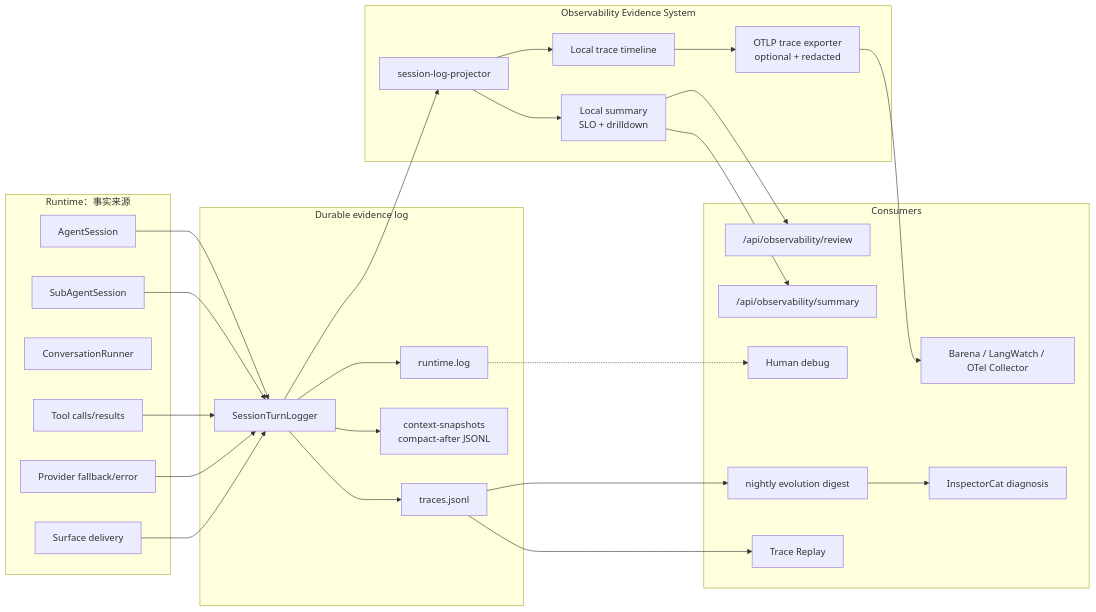
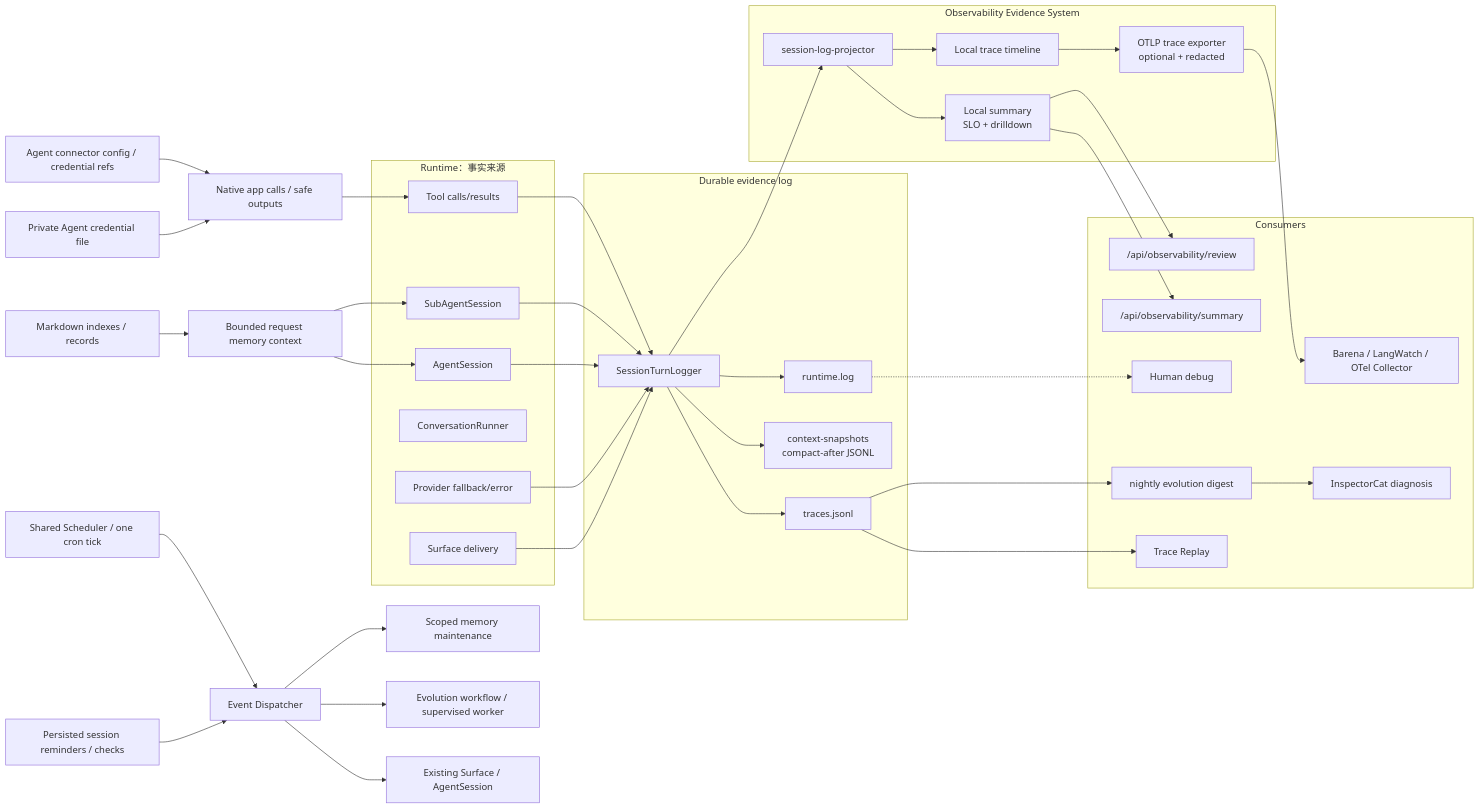
The first of 2 diagrams in docs/observability-evidence/SPEC.md (fightheyyy/xiaobaOS), drawn with Mermaid before and after one commit. The commit also changed other lines of this file and 129 other files, not shown here.

Commit message:
feat: add personal agent events, memory, connectors and sandbox runtime

````diff
--- a/docs/observability-evidence/SPEC.md
+++ b/docs/observability-evidence/SPEC.md
@@ -41,55 +41,66 @@
 ```mermaid
 flowchart LR
+    CredentialStore["Private Agent credential file"] --> NativeApps
+    ConnectorConfig["Agent connector config / credential refs"] --> NativeApps["Native app calls / safe outputs"]
+    NativeApps --> Tools
+    SessionTimer["Persisted session reminders / checks"] --> ScheduledEvents
+    ScheduledEvents --> SessionWake["Existing Surface / AgentSession"]
+    DailyScheduler["Shared Scheduler / one cron tick"] --> ScheduledEvents["Event Dispatcher"]
+    ScheduledEvents --> EvolutionConsumer["Evolution workflow / supervised worker"]
+    ScheduledEvents --> MemoryConsumer["Scoped memory maintenance"]
     subgraph Runtime["Runtime：事实来源"]
         Session["AgentSession"]
         Subagent["SubAgentSession"]
         Runner["ConversationRunner"]
         Tools["Tool calls/results"]
         Provider["Provider fallback/error"]
         Delivery["Surface delivery"]
     end
 
     subgraph Log["Durable evidence log"]
         Logger["SessionTurnLogger"]
         JSONL["traces.jsonl"]
         Snapshots["context-snapshots<br/>compact-after JSONL"]
         RuntimeLog["runtime.log"]
     end
 
     subgraph Evidence["Observability Evidence System"]
         Projector["session-log-projector"]
         Summary["Local summary<br/>SLO + drilldown"]
         Trace["Local trace timeline"]
         Otel["OTLP trace exporter<br/>optional + redacted"]
     end
 
     subgraph Consumers["Consumers"]
         Api["/api/observability/summary"]
         Review["/api/observability/review"]
         Replay["Trace Replay"]
         Maintainer["Human debug"]
         SleepDigest["nightly evolution digest"]
         Inspector["InspectorCat diagnosis"]
         Collector["Barena / LangWatch / OTel Collector"]
     end
 
+    MemoryFiles["Markdown indexes / records"] --> Recall["Bounded request memory context"]
+    Recall --> Session
+    Recall --> Subagent
     Session --> Logger
     Subagent --> Logger
     Tools --> Logger
     Provider --> Logger
     Delivery --> Logger
     Logger --> JSONL
     Logger --> Snapshots
     Logger --> RuntimeLog
     Logger --> Projector
     Projector --> Summary
     Projector --> Trace
     Trace --> Otel
     Otel --> Collector
     Summary --> Api
     Summary --> Review
     JSONL --> Replay
     JSONL --> SleepDigest
     SleepDigest --> Inspector
     RuntimeLog -.-> Maintainer
 ```
````
